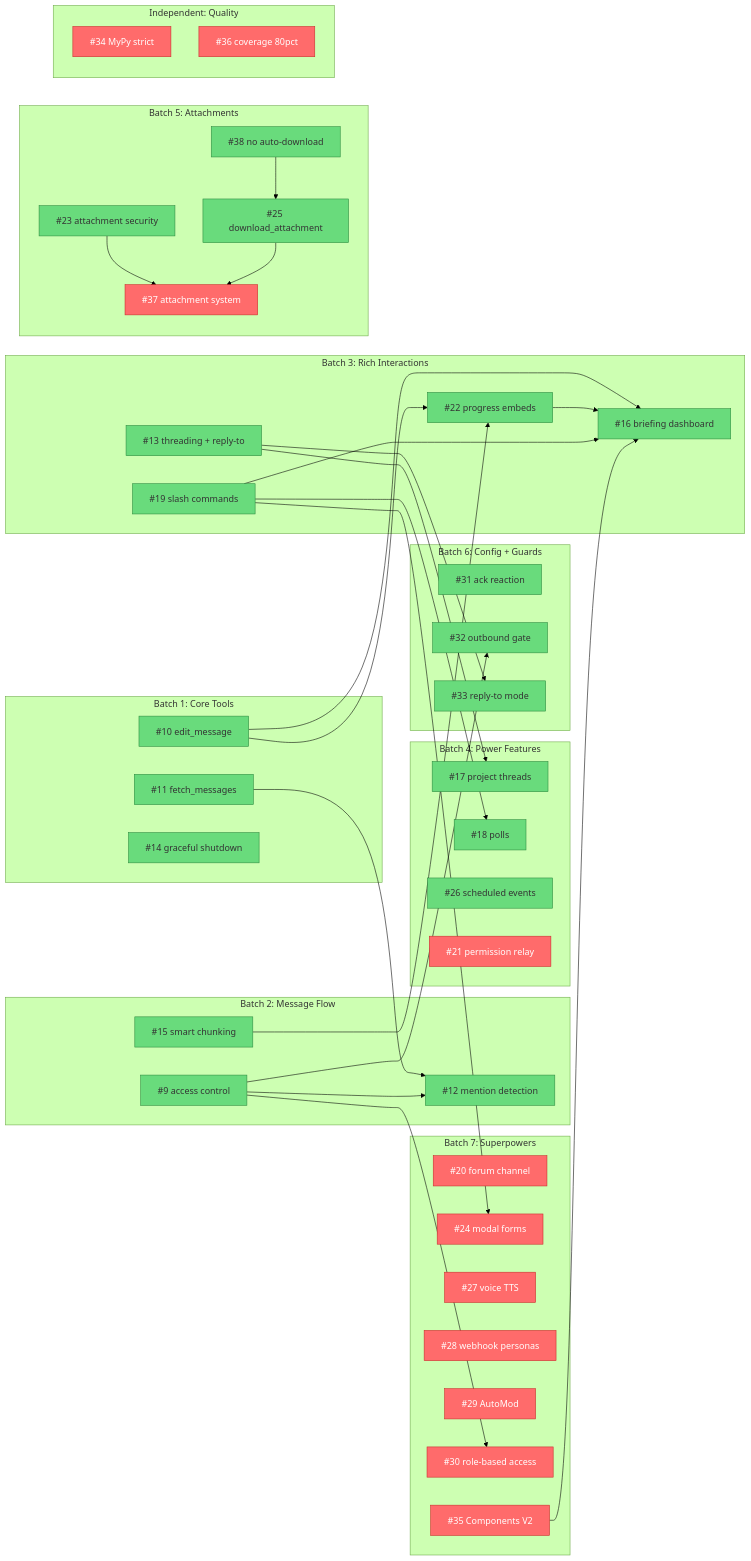
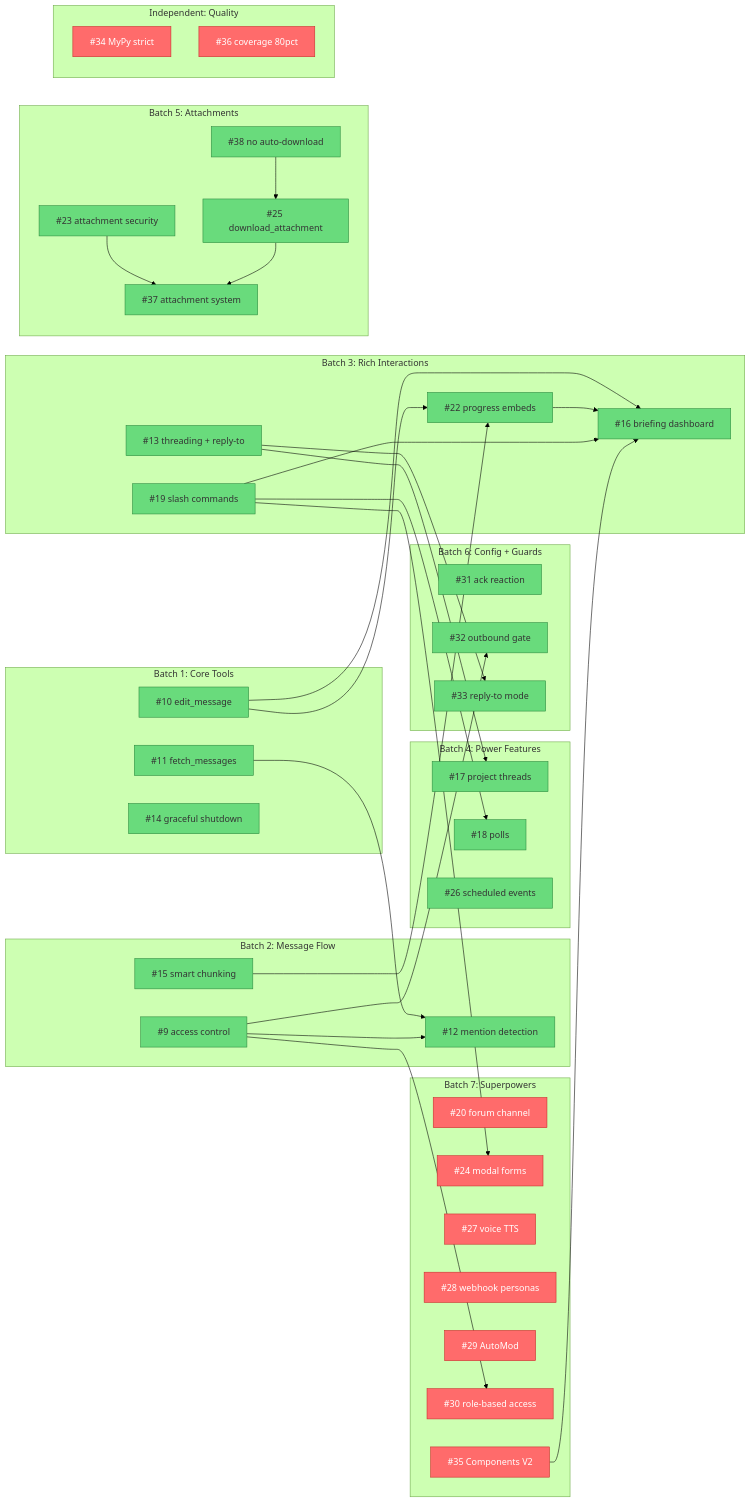
The diagram in docs/ROADMAP.md (jeffrichley/pepper), drawn with Mermaid (forest theme) before and after one commit. The commit also changed other lines of this file, not shown here.

Commit message:
docs: update roadmap — #21 removed, #37 done, cleanup moved to bot

````diff
--- a/docs/ROADMAP.md
+++ b/docs/ROADMAP.md
@@ -7,79 +7,78 @@
 ```mermaid
 flowchart LR
     classDef notstarted fill:#ff6b6b,stroke:#c92a2a,color:#fff
     classDef inprogress fill:#ffd43b,stroke:#e67700,color:#333
     classDef done fill:#69db7c,stroke:#2b8a3e,color:#333
 
     subgraph B1["Batch 1: Core Tools"]
         I10["#10 edit_message"]:::done
         I11["#11 fetch_messages"]:::done
         I14["#14 graceful shutdown"]:::done
     end
 
     subgraph B2["Batch 2: Message Flow"]
         I9["#9 access control"]:::done
         I12["#12 mention detection"]:::done
         I15["#15 smart chunking"]:::done
     end
 
     subgraph B3["Batch 3: Rich Interactions"]
         I13["#13 threading + reply-to"]:::done
         I22["#22 progress embeds"]:::done
         I19["#19 slash commands"]:::done
         I16["#16 briefing dashboard"]:::done
     end
 
     subgraph B4["Batch 4: Power Features"]
         I17["#17 project threads"]:::done
         I18["#18 polls"]:::done
         I26["#26 scheduled events"]:::done
-        I21["#21 permission relay"]:::notstarted
     end
 
     subgraph B5["Batch 5: Attachments"]
         I38["#38 no auto-download"]:::done
         I23["#23 attachment security"]:::done
         I25["#25 download_attachment"]:::done
-        I37["#37 attachment system"]:::notstarted
+        I37["#37 attachment system"]:::done
     end
 
     subgraph B6["Batch 6: Config + Guards"]
         I31["#31 ack reaction"]:::done
         I32["#32 outbound gate"]:::done
         I33["#33 reply-to mode"]:::done
     end
 
     subgraph B7["Batch 7: Superpowers"]
         I20["#20 forum channel"]:::notstarted
         I24["#24 modal forms"]:::notstarted
         I27["#27 voice TTS"]:::notstarted
         I28["#28 webhook personas"]:::notstarted
         I29["#29 AutoMod"]:::notstarted
         I30["#30 role-based access"]:::notstarted
         I35["#35 Components V2"]:::notstarted
     end
 
     subgraph BQ["Independent: Quality"]
         I34["#34 MyPy strict"]:::notstarted
         I36["#36 coverage 80pct"]:::notstarted
     end
 
     %% Dependencies (arrow = "must complete before")
     I10 --> I22
     I10 --> I16
     I11 --> I12
     I13 --> I17
     I13 --> I33
     I9 --> I12
     I9 --> I32
     I9 --> I30
     I22 --> I16
     I19 --> I16
     I15 --> I22
     I23 --> I37
     I25 --> I37
     I19 --> I18
     I19 --> I24
     I35 --> I16
     I38 --> I25
 ```
````
